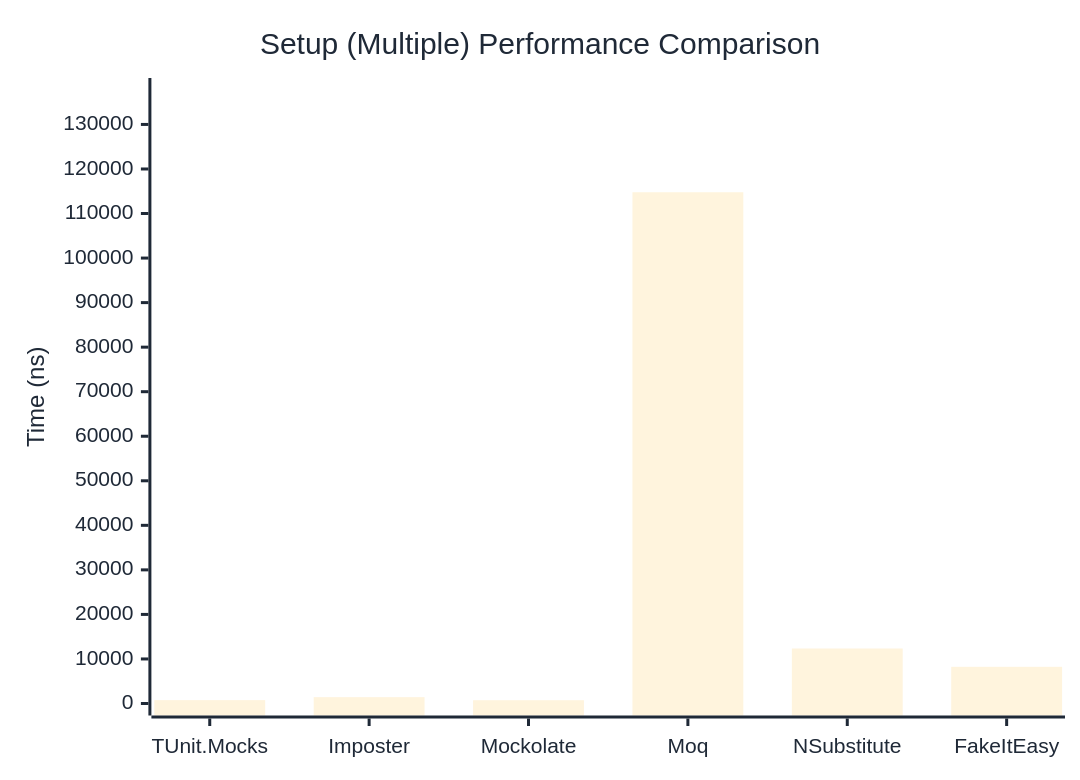
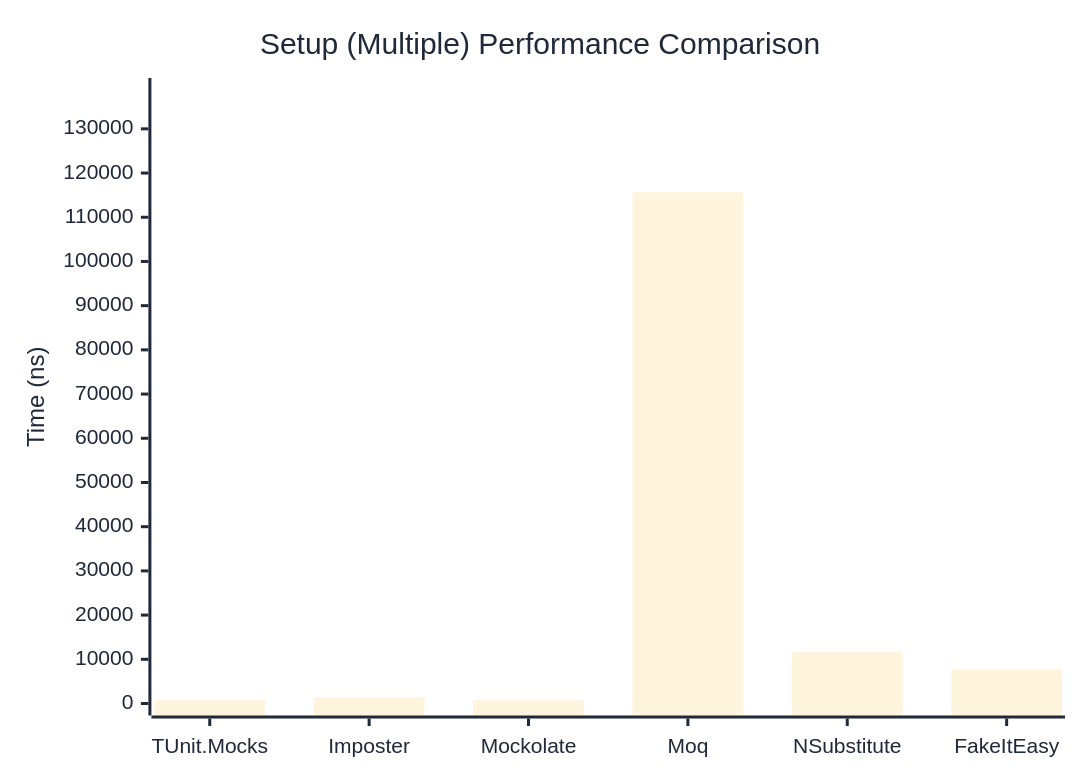
The second of 2 diagrams in docs/docs/benchmarks/mocks/Setup.md (thomhurst/TUnit), drawn with Mermaid before and after one commit. The commit also changed other lines of this file and 14 other files, not shown here.

````diff
--- a/docs/docs/benchmarks/mocks/Setup.md
+++ b/docs/docs/benchmarks/mocks/Setup.md
@@ -69,27 +69,27 @@
 ```mermaid
 %%{init: {
   'theme':'base',
   'themeVariables': {
     'primaryColor': '#2563eb',
     'primaryTextColor': '#1f2937',
     'primaryBorderColor': '#1e40af',
     'lineColor': '#6b7280',
     'secondaryColor': '#7c3aed',
     'tertiaryColor': '#dc2626',
     'background': '#ffffff',
     'pie1': '#2563eb',
     'pie2': '#7c3aed',
     'pie3': '#dc2626',
     'pie4': '#f59e0b',
     'pie5': '#10b981',
     'pie6': '#06b6d4',
     'pie7': '#ec4899',
     'pie8': '#6366f1'
   }
 }}%%
 xychart-beta
   title "Setup (Multiple) Performance Comparison"
   x-axis ["TUnit.Mocks", "Imposter", "Mockolate", "Moq", "NSubstitute", "FakeItEasy"]
-  y-axis "Time (ns)" 0 --> 137732
-  bar [754.8, 1424.6, 735.1, 114776, 12347.5, 8232]
+  y-axis "Time (ns)" 0 --> 138788
+  bar [721.1, 1371.2, 703.3, 115656.1, 11725.3, 7707.6]
 ```
````
